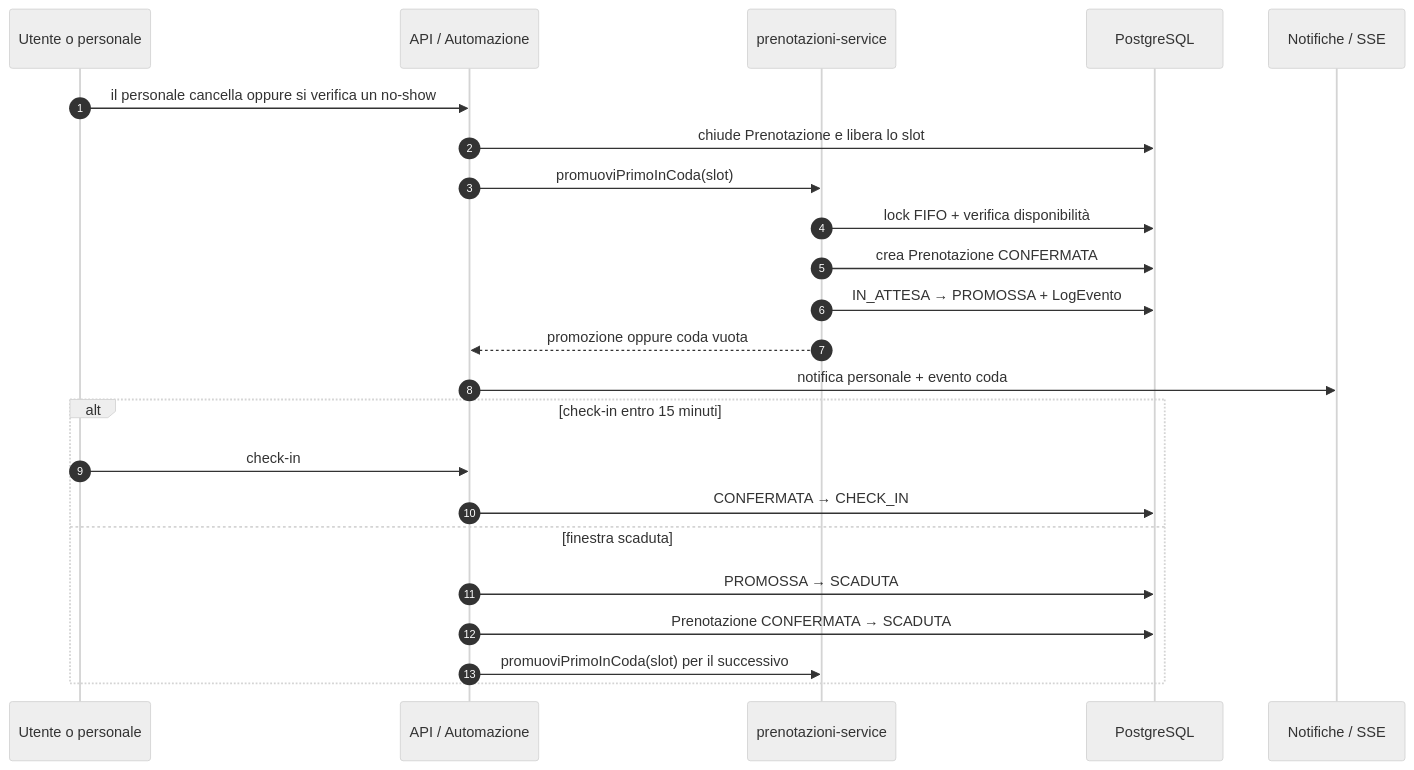
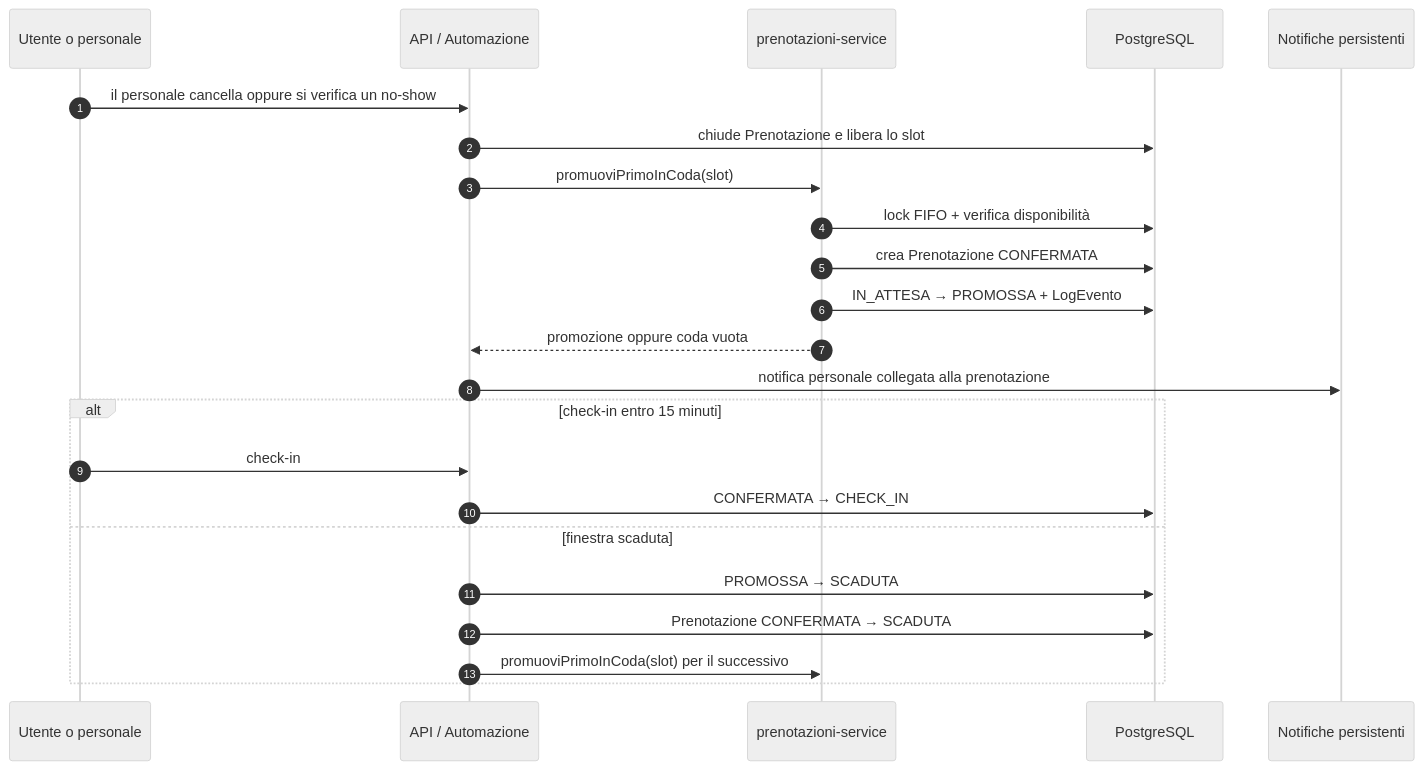
Before and after one commit to mariocelzo/biblioflow-app: the third of 3 diagrams in docs/diagrammi/prenotazione-stati-to-be.md, drawn with Mermaid (neutral theme). The commit also changed other lines of this file and 64 other files, not shown here.

````diff
--- a/docs/diagrammi/prenotazione-stati-to-be.md
+++ b/docs/diagrammi/prenotazione-stati-to-be.md
@@ -77,27 +77,27 @@
 ```mermaid
 sequenceDiagram
     autonumber
     participant U as Utente o personale
     participant A as API / Automazione
     participant D as prenotazioni-service
     participant DB as PostgreSQL
-    participant E as Notifiche / SSE
+    participant E as Notifiche persistenti
 
     U->>A: il personale cancella oppure si verifica un no-show
     A->>DB: chiude Prenotazione e libera lo slot
     A->>D: promuoviPrimoInCoda(slot)
     D->>DB: lock FIFO + verifica disponibilità
     D->>DB: crea Prenotazione CONFERMATA
     D->>DB: IN_ATTESA → PROMOSSA + LogEvento
     D-->>A: promozione oppure coda vuota
-    A->>E: notifica personale + evento coda
+    A->>E: notifica personale collegata alla prenotazione
 
     alt check-in entro 15 minuti
         U->>A: check-in
         A->>DB: CONFERMATA → CHECK_IN
     else finestra scaduta
         A->>DB: PROMOSSA → SCADUTA
         A->>DB: Prenotazione CONFERMATA → SCADUTA
         A->>D: promuoviPrimoInCoda(slot) per il successivo
     end
 ```
````
